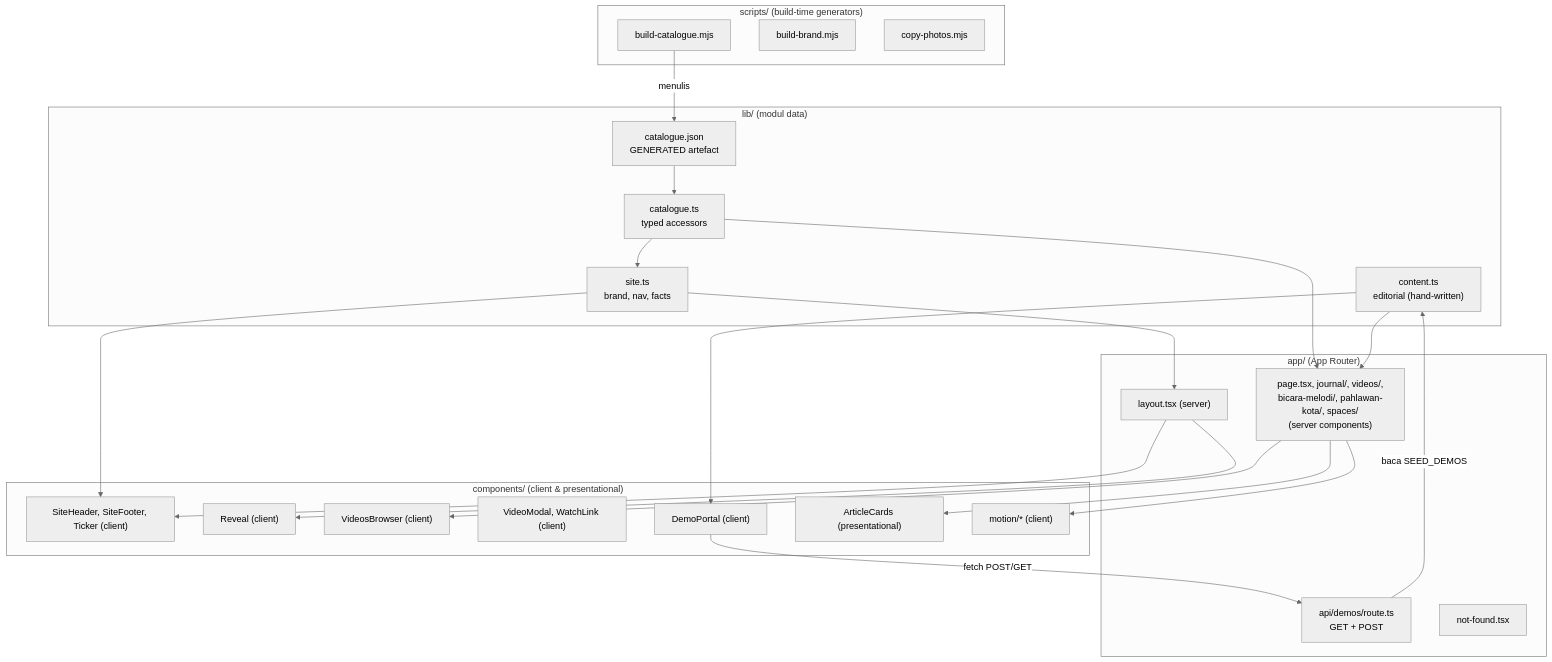
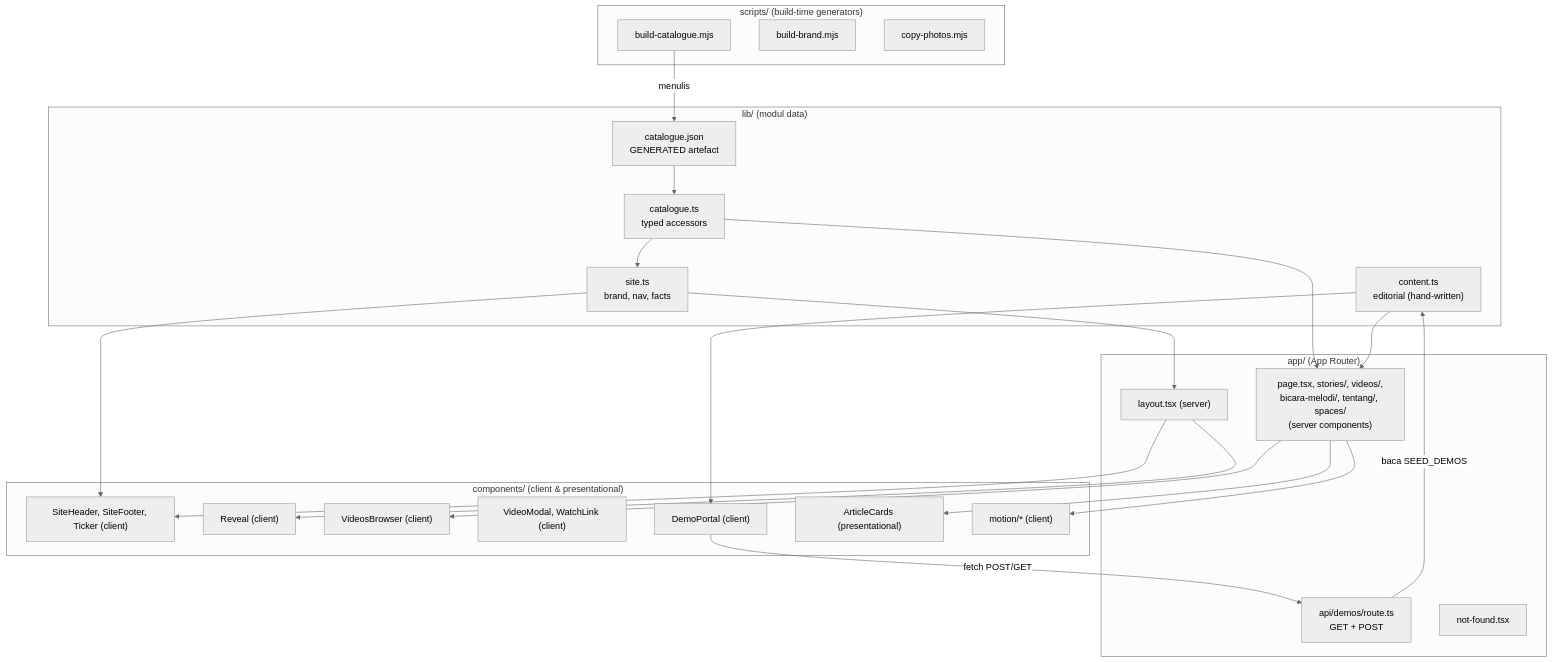
Before and after one commit to albiruby/melodialam-website: the third of 5 diagrams in docs/ARCHITECTURE.md, drawn with Mermaid (neutral theme). The commit also changed other lines of this file and 23 other files, not shown here.

First line of the commit message:
Move the Stories page to /stories

````diff
--- a/docs/ARCHITECTURE.md
+++ b/docs/ARCHITECTURE.md
@@ -223,48 +223,48 @@
 ```mermaid
 graph TB
   subgraph scripts["scripts/ (build-time generators)"]
     bc["build-catalogue.mjs"]
     bb["build-brand.mjs"]
     cp["copy-photos.mjs"]
   end
 
   subgraph lib["lib/ (modul data)"]
     content["content.ts<br/>editorial (hand-written)"]
     catjson["catalogue.json<br/>GENERATED artefact"]
     catts["catalogue.ts<br/>typed accessors"]
     site["site.ts<br/>brand, nav, facts"]
   end
 
   subgraph app["app/ (App Router)"]
     layout["layout.tsx (server)"]
-    pages["page.tsx, journal/, videos/,<br/>bicara-melodi/, pahlawan-kota/, spaces/<br/>(server components)"]
+    pages["page.tsx, stories/, videos/,<br/>bicara-melodi/, tentang/, spaces/<br/>(server components)"]
     demos["api/demos/route.ts<br/>GET + POST"]
     notfound["not-found.tsx"]
   end
 
   subgraph comp["components/ (client & presentational)"]
     header["SiteHeader, SiteFooter, Ticker (client)"]
     reveal["Reveal (client)"]
     browsers["VideosBrowser (client)"]
     vmodal["VideoModal, WatchLink (client)"]
     demo["DemoPortal (client)"]
     cards["ArticleCards (presentational)"]
     motionc["motion/* (client)"]
   end
 
   bc -->|"menulis"| catjson
   catjson --> catts
   catts --> site
   catts --> pages
   content --> pages
   content --> demo
   site --> layout
   site --> header
   pages --> browsers
   pages --> cards
   pages --> motionc
   layout --> header
   layout --> reveal
   demo -->|"fetch POST/GET"| demos
   demos -->|"baca SEED_DEMOS"| content
 ```
````
